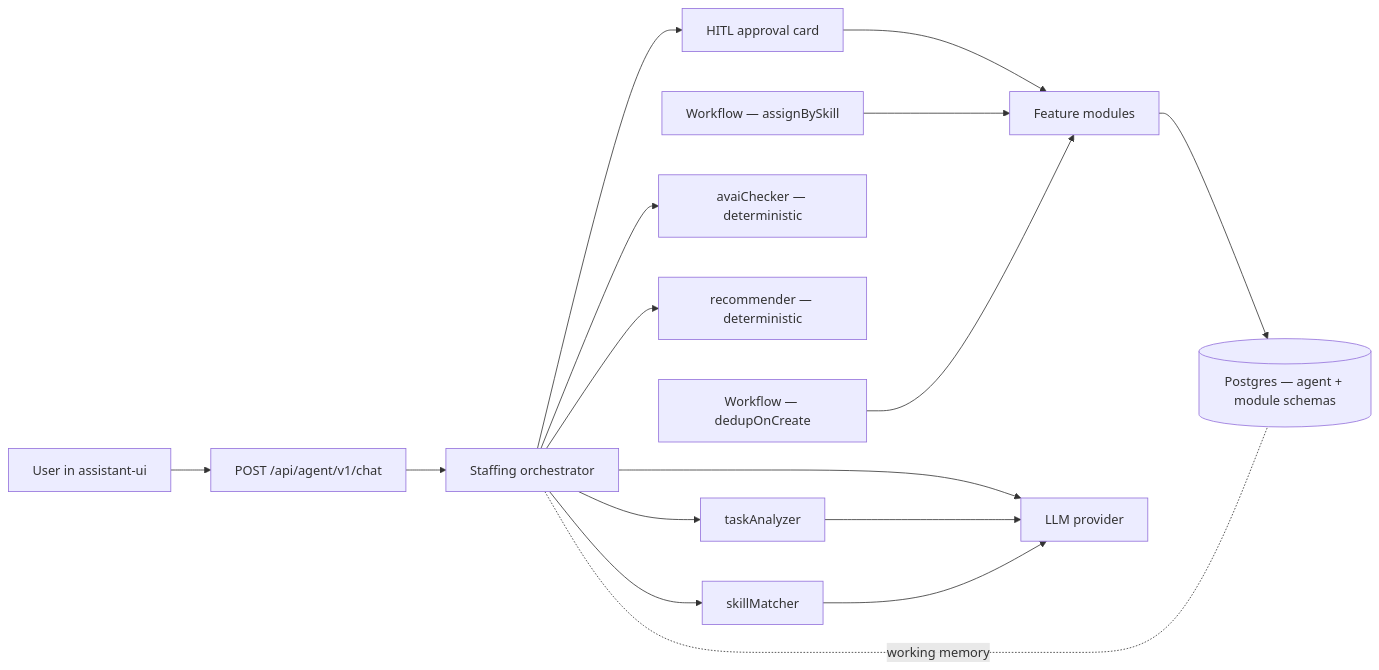
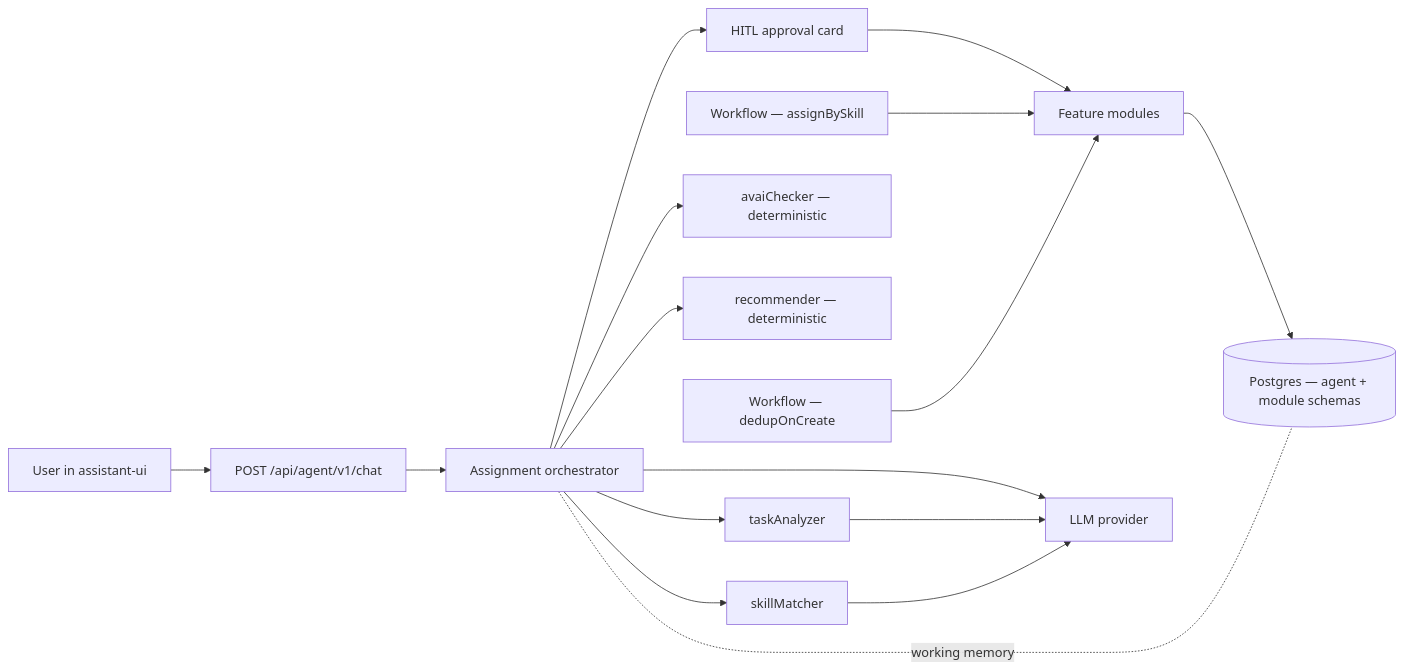
The first of 8 diagrams in docs/agent/architecture.md (Seta-International/agent-platform), drawn with Mermaid before and after one commit. The commit also changed other lines of this file and 7 other files, not shown here.

First line of the commit message:
docs(platform): FUT-000 sync architecture docs to current module map + chat runtime

````diff
--- a/docs/agent/architecture.md
+++ b/docs/agent/architecture.md
@@ -27,32 +27,32 @@
 ```mermaid
 flowchart LR
     User[User in assistant-ui]
     Chat[POST /api/agent/v1/chat]
-    Orch[Staffing orchestrator]
+    Orch[Assignment orchestrator]
     TA[taskAnalyzer]
     SM[skillMatcher]
     AC[avaiChecker — deterministic]
     RC[recommender — deterministic]
     Card[HITL approval card]
     WfABS[Workflow — assignBySkill]
     WfDOC[Workflow — dedupOnCreate]
     Mods[Feature modules]
     PG[(Postgres — agent + module schemas)]
     LLM[LLM provider]
 
     User --> Chat
     Chat --> Orch
     Orch --> TA
     Orch --> SM
     Orch --> AC
     Orch --> RC
     Orch --> Card
     Card --> Mods
     WfABS --> Mods
     WfDOC --> Mods
     Mods --> PG
     Orch -. working memory .- PG
     Orch --> LLM
     TA --> LLM
     SM --> LLM
 ```
````
